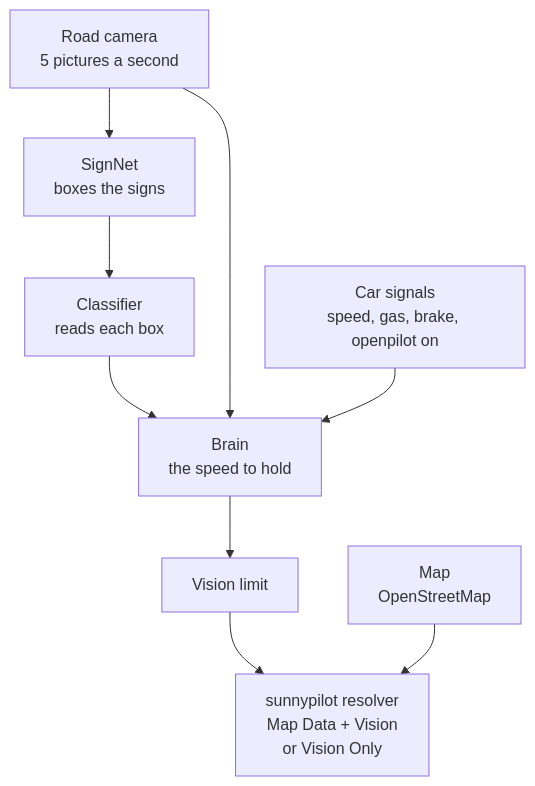
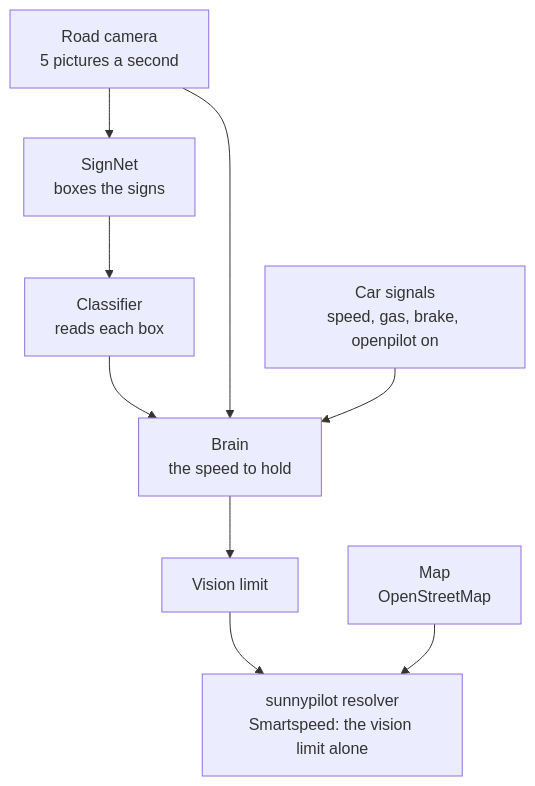
Before and after one commit to cristianku/sunnypilot.speedlimits: the third of 3 diagrams in README.md, drawn with Mermaid. The commit also changed other lines of this file and 4 other files, not shown here.

First line of the commit message:
Smartspeed is the one vision source on the car: the texts and the trial follow

````diff
--- a/README.md
+++ b/README.md
@@ -67,11 +67,11 @@
 ```mermaid
 flowchart TD
   cam["Road camera<br/>5 pictures a second"] --> sn["SignNet<br/>boxes the signs"]
   sn --> cl["Classifier<br/>reads each box"]
   cl --> br["Brain<br/>the speed to hold"]
   cam --> br
   sig["Car signals<br/>speed, gas, brake, openpilot on"] --> br
   br --> lim["Vision limit"]
-  lim --> res["sunnypilot resolver<br/>Map Data + Vision<br/>or Vision Only"]
+  lim --> res["sunnypilot resolver<br/>Smartspeed: the vision limit alone"]
   osm["Map<br/>OpenStreetMap"] --> res
 ```
````
